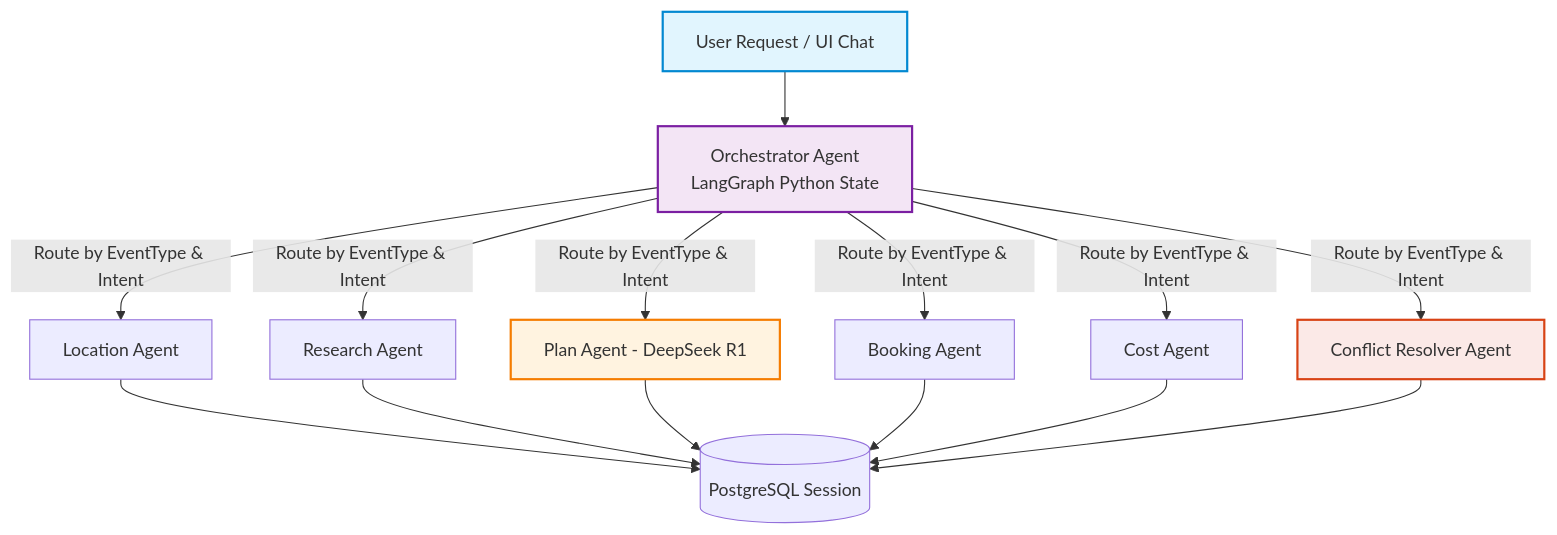
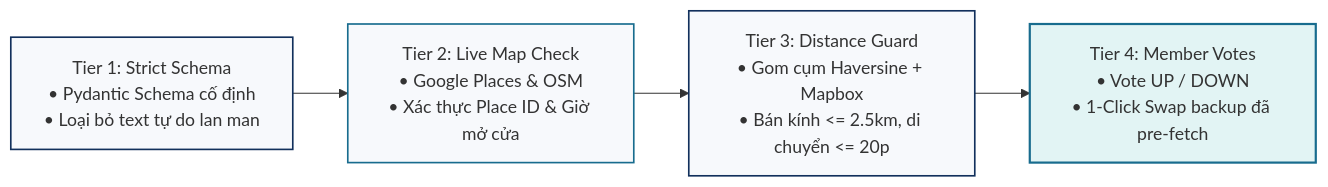
One commit to b4ck12/Group_Project changed the second of 2 diagrams in docs/03-architecture/ai-agent-architecture.md. Above: the diagram before and after it, drawn with Mermaid. The commit also changed other lines of this file and 29 other files, not shown here.

````diff
--- a/docs/03-architecture/ai-agent-architecture.md
+++ b/docs/03-architecture/ai-agent-architecture.md
@@ -6,23 +57,11 @@
 ```mermaid
-graph TD
-    User[User Request / UI Chat] --> Orchestrator[Orchestrator Agent<br/>LangGraph Python State]
+flowchart LR
+    T1["Tier 1: Strict Schema<br/>• Pydantic Schema cố định<br/>• Loại bỏ text tự do lan man"] --> T2["Tier 2: Live Map Check<br/>• Google Places & OSM<br/>• Xác thực Place ID & Giờ mở cửa"]
+    T2 --> T3["Tier 3: Distance Guard<br/>• Gom cụm Haversine + Mapbox<br/>• Bán kính <= 2.5km, di chuyển <= 20p"]
+    T3 --> T4["Tier 4: Member Votes<br/>• Vote UP / DOWN<br/>• 1-Click Swap backup đã pre-fetch"]
 
-    Orchestrator -->|Route by EventType & Intent| Location[Location Agent]
-    Orchestrator -->|Route by EventType & Intent| Research[Research Agent]
-    Orchestrator -->|Route by EventType & Intent| Plan[Plan Agent - DeepSeek R1]
-    Orchestrator -->|Route by EventType & Intent| Booking[Booking Agent]
-    Orchestrator -->|Route by EventType & Intent| Cost[Cost Agent]
-    Orchestrator -->|Route by EventType & Intent| Conflict[Conflict Resolver Agent]
-
-    Location --> DB[(PostgreSQL Session)]
-    Research --> DB
-    Plan --> DB
-    Booking --> DB
-    Cost --> DB
-    Conflict --> DB
-
-    style User fill:#e1f5fe,stroke:#0288d1,stroke-width:2px;
-    style Orchestrator fill:#f3e5f5,stroke:#7b1fa2,stroke-width:2px;
-    style Plan fill:#fff3e0,stroke:#f57c00,stroke-width:2px;
-    style Conflict fill:#fbe9e7,stroke:#d84315,stroke-width:2px;
+    style T1 fill:#f7f9fc,stroke:#12305c,stroke-width:1.5px;
+    style T2 fill:#f7f9fc,stroke:#186c8e,stroke-width:1.5px;
+    style T3 fill:#f7f9fc,stroke:#12305c,stroke-width:1.5px;
+    style T4 fill:#e2f4f4,stroke:#186c8e,stroke-width:2px;
 ```
````
